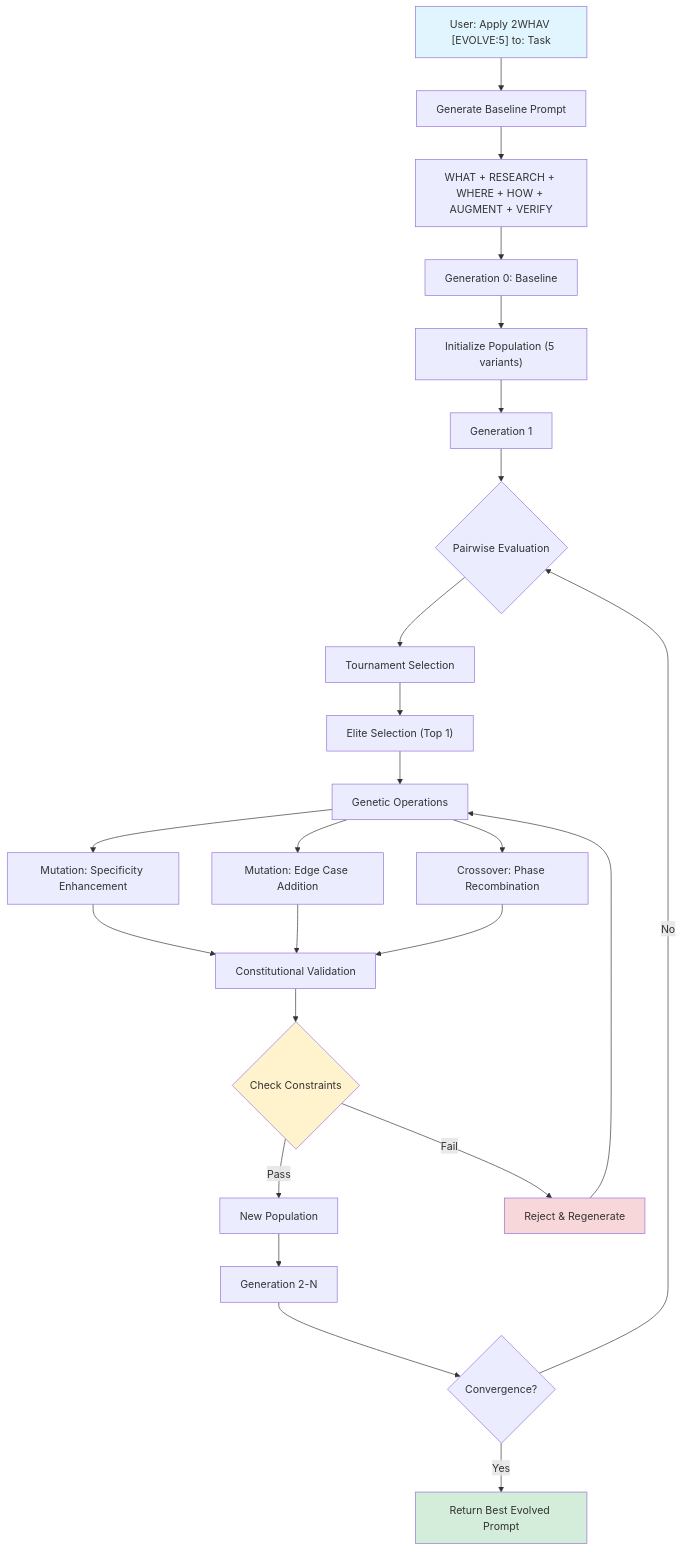
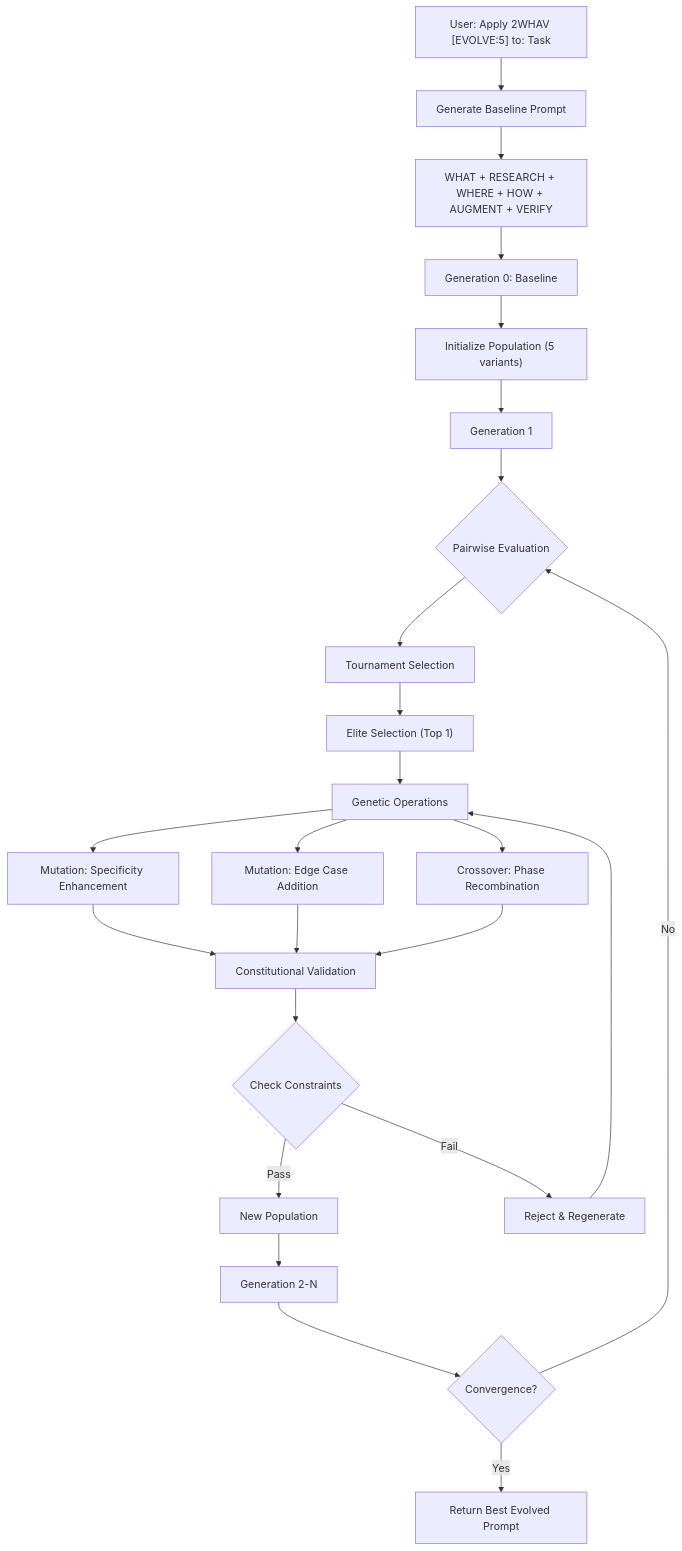
The diagram in INSTRUCTIONS.md (fra00/2WHAV), drawn with Mermaid before and after one commit. The commit also changed other lines of this file, not shown here.

````diff
--- a/INSTRUCTIONS.md
+++ b/INSTRUCTIONS.md
@@ -188,33 +192,28 @@
 ```mermaid
 graph TD
     A["User: Apply 2WHAV [EVOLVE:5] to: Task"] --> B["Generate Baseline Prompt"]
     B --> C["WHAT + RESEARCH + WHERE + HOW + AUGMENT + VERIFY"]
     C --> D["Generation 0: Baseline"]
     D --> E["Initialize Population (5 variants)"]
     E --> F["Generation 1"]
-    
+
     F --> G{"Pairwise Evaluation"}
     G --> H["Tournament Selection"]
     H --> I["Elite Selection (Top 1)"]
     I --> J["Genetic Operations"]
     J --> K["Mutation: Specificity Enhancement"]
     J --> L["Mutation: Edge Case Addition"]
     J --> M["Crossover: Phase Recombination"]
     K --> N["Constitutional Validation"]
     L --> N
     M --> N
     N --> O{"Check Constraints"}
     O -->|Pass| P["New Population"]
     O -->|Fail| Q["Reject & Regenerate"]
     Q --> J
-    
+
     P --> R["Generation 2-N"]
     R --> S{"Convergence?"}
     S -->|No| G
     S -->|Yes| T["Return Best Evolved Prompt"]
-    
-    style A fill:#e1f5ff
-    style T fill:#d4edda
-    style O fill:#fff3cd
-    style Q fill:#f8d7da
 ```
````
